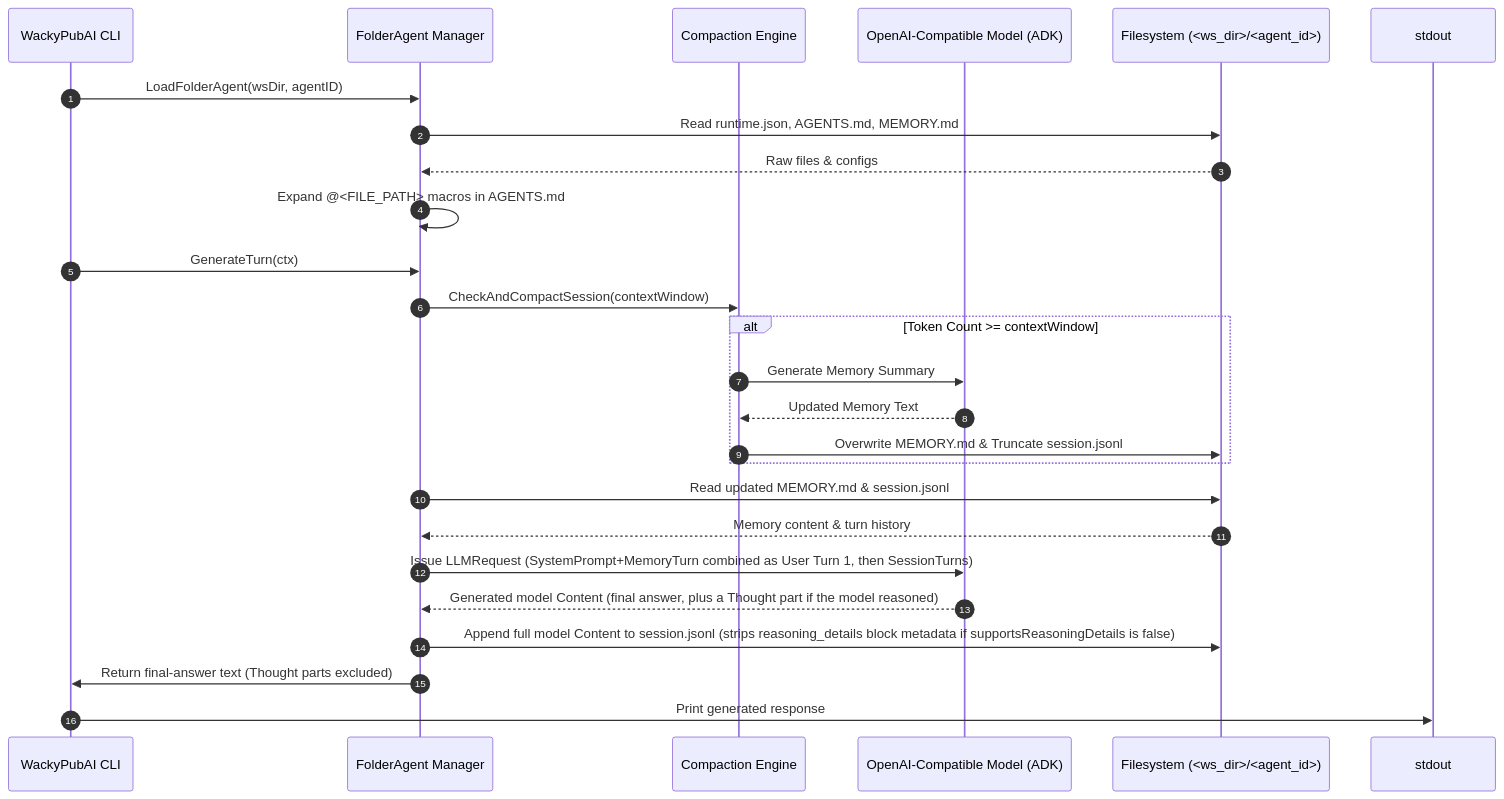
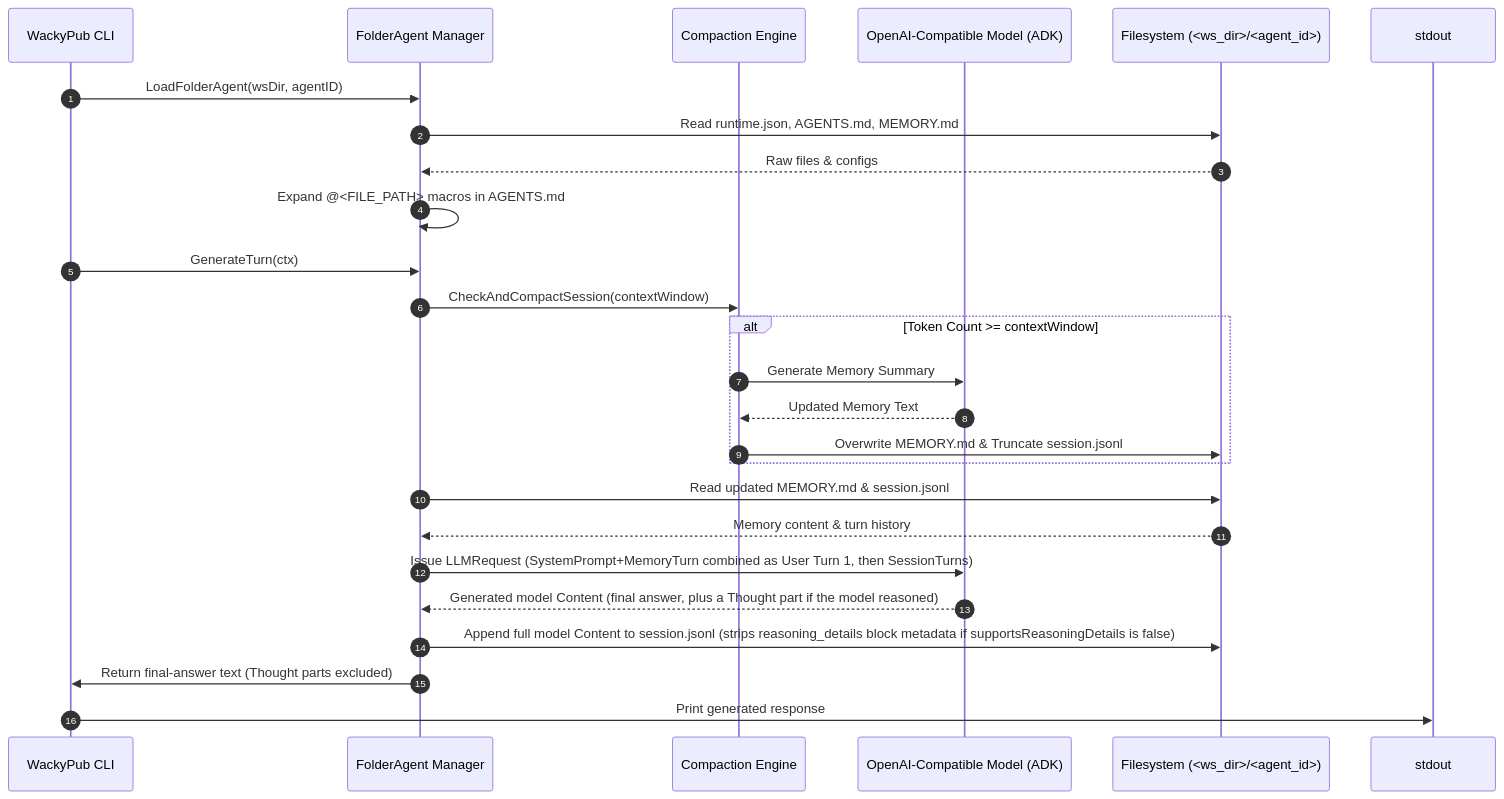
One commit to colinrgodsey/WackyPub changed the diagram in docs/agents.md. Above: the diagram before and after it, drawn with Mermaid. The commit also changed other lines of this file and 19 other files, not shown here.

````diff
--- a/docs/agents.md
+++ b/docs/agents.md
@@ -287,32 +287,32 @@
 ```mermaid
 sequenceDiagram
     autonumber
-    participant CLI as WackyPubAI CLI
+    participant CLI as WackyPub CLI
     participant Agent as FolderAgent Manager
     participant Compactor as Compaction Engine
     participant LLM as OpenAI-Compatible Model (ADK)
     participant Disk as Filesystem (<ws_dir>/<agent_id>)
 
     CLI->>Agent: LoadFolderAgent(wsDir, agentID)
     Agent->>Disk: Read runtime.json, AGENTS.md, MEMORY.md
     Disk-->>Agent: Raw files & configs
     Agent->>Agent: Expand @<FILE_PATH> macros in AGENTS.md
 
     CLI->>Agent: GenerateTurn(ctx)
     Agent->>Compactor: CheckAndCompactSession(contextWindow)
     alt Token Count >= contextWindow
         Compactor->>LLM: Generate Memory Summary
         LLM-->>Compactor: Updated Memory Text
         Compactor->>Disk: Overwrite MEMORY.md & Truncate session.jsonl
     end
 
     Agent->>Disk: Read updated MEMORY.md & session.jsonl
     Disk-->>Agent: Memory content & turn history
 
     Agent->>LLM: Issue LLMRequest (SystemPrompt+MemoryTurn combined as User Turn 1, then SessionTurns)
     LLM-->>Agent: Generated model Content (final answer, plus a Thought part if the model reasoned)
 
     Agent->>Disk: Append full model Content to session.jsonl (strips reasoning_details block metadata if supportsReasoningDetails is false)
     Agent->>CLI: Return final-answer text (Thought parts excluded)
     CLI->>stdout: Print generated response
 ```
````
